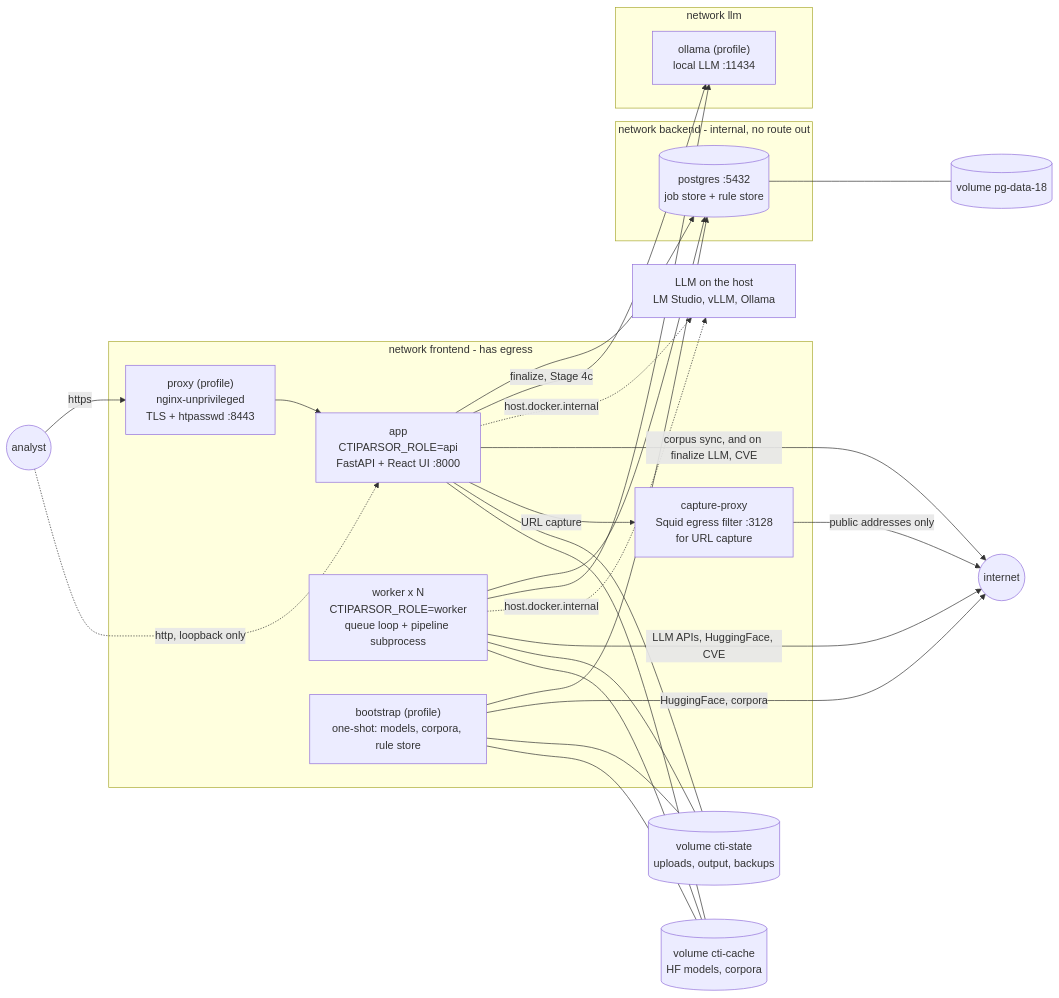
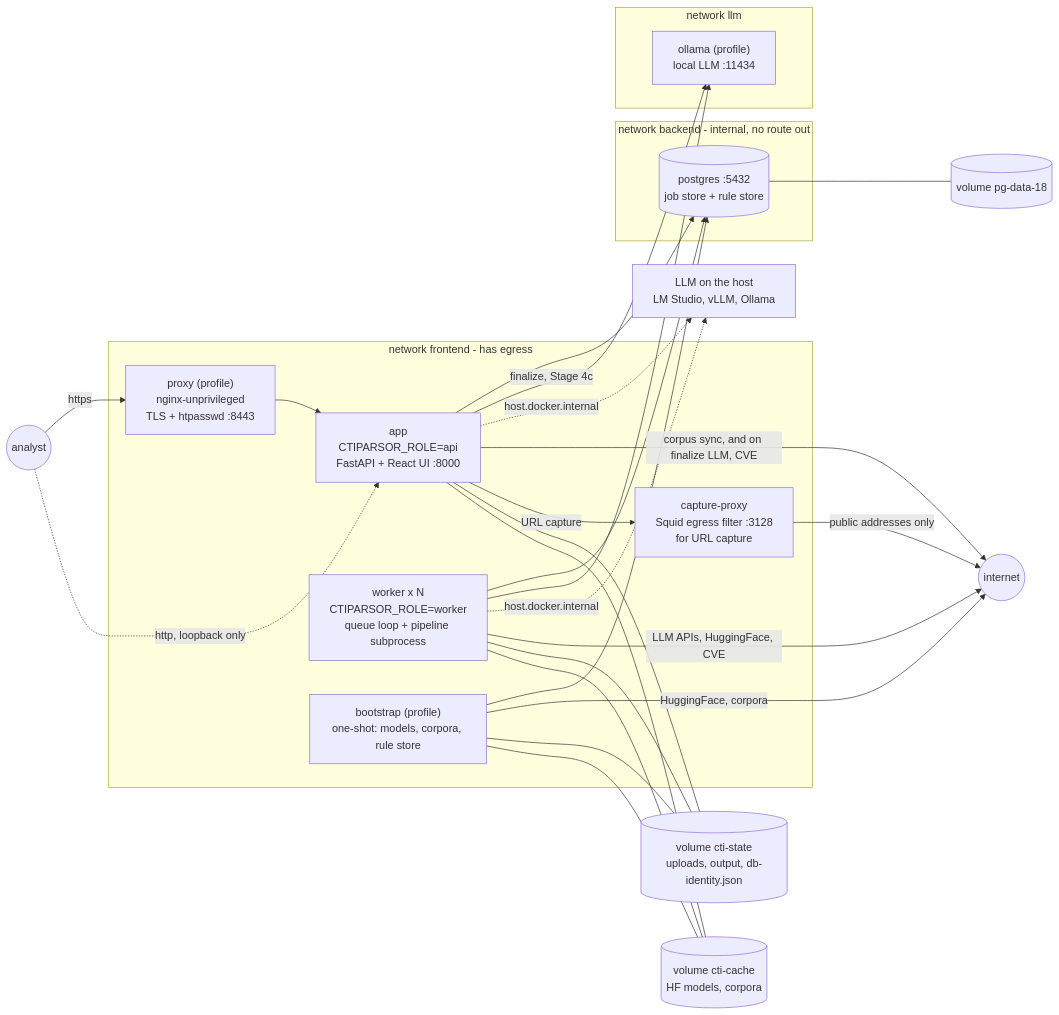
The first of 2 diagrams in docs/architecture.md (Stixaly/CTIParsor), drawn with Mermaid before and after one commit. The commit also changed other lines of this file and 16 other files, not shown here.

````diff
--- a/docs/architecture.md
+++ b/docs/architecture.md
@@ -36,40 +36,40 @@
 ```mermaid
 flowchart LR
     subgraph frontend [network frontend - has egress]
         proxy["proxy (profile)\nnginx-unprivileged\nTLS + htpasswd :8443"]
         app["app\nCTIPARSOR_ROLE=api\nFastAPI + React UI :8000"]
         worker["worker x N\nCTIPARSOR_ROLE=worker\nqueue loop + pipeline subprocess"]
         bootstrap["bootstrap (profile)\none-shot: models, corpora, rule store"]
         capproxy["capture-proxy\nSquid egress filter :3128\nfor URL capture"]
     end
     subgraph backend [network backend - internal, no route out]
         pg[("postgres :5432\njob store + rule store")]
     end
     subgraph llm [network llm]
         ollama["ollama (profile)\nlocal LLM :11434"]
     end
     analyst((analyst)) -->|https| proxy --> app
     analyst -.->|http, loopback only| app
     app --> pg
     worker --> pg
     bootstrap --> pg
     app -->|finalize, Stage 4c| ollama
     worker --> ollama
     hostllm["LLM on the host\nLM Studio, vLLM, Ollama"]
     app -.->|host.docker.internal| hostllm
     worker -.->|host.docker.internal| hostllm
     worker -->|LLM APIs, HuggingFace, CVE| internet((internet))
     app -->|corpus sync, and on finalize LLM, CVE| internet
     bootstrap -->|HuggingFace, corpora| internet
     app -->|URL capture| capproxy -->|public addresses only| internet
-    state[("volume cti-state\nuploads, output, backups")]
+    state[("volume cti-state\nuploads, output, db-identity.json")]
     cache[("volume cti-cache\nHF models, corpora")]
     pgdata[("volume pg-data-18")]
     app --- state
     app --- cache
     worker --- state
     worker --- cache
     bootstrap --- state
     bootstrap --- cache
     pg --- pgdata
 ```
````
